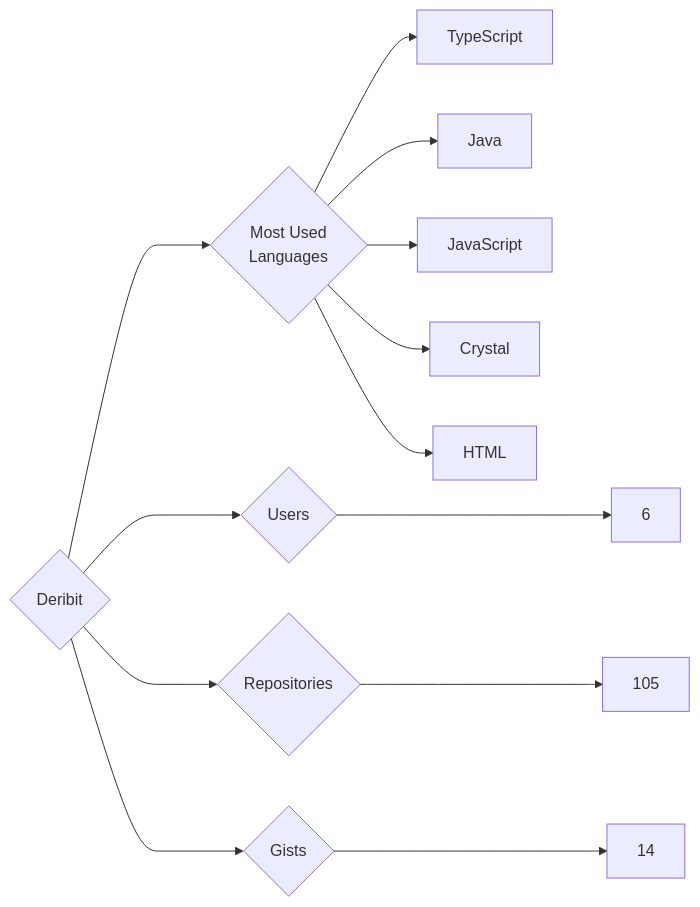
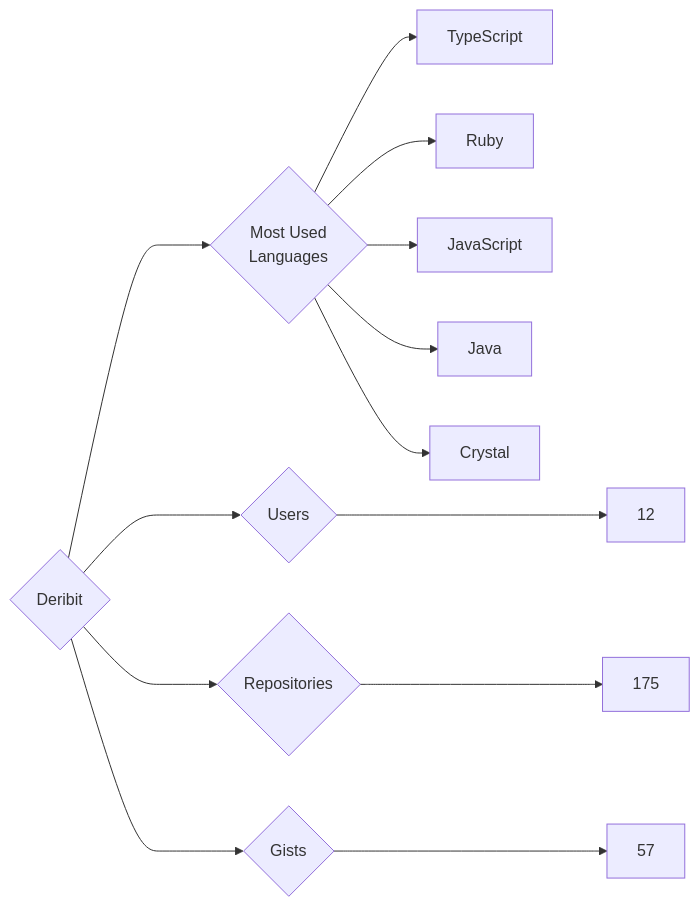
Before and after one commit to trickest/insiders: the diagram in targets/Deribit/README.md, drawn with Mermaid. The commit also changed 1314 other files, not shown here.

````diff
--- a/targets/Deribit/README.md
+++ b/targets/Deribit/README.md
@@ -3,13 +3,13 @@
 ```mermaid
 graph LR
 COMPANY_NAME{Deribit}
-COMPANY_NAME ---> U{Users} ---> UN[6]
-COMPANY_NAME ---> R{Repositories} ---> RN[105]
-COMPANY_NAME ---> G{Gists} ---> GN[14]
+COMPANY_NAME ---> U{Users} ---> UN[12]
+COMPANY_NAME ---> R{Repositories} ---> RN[175]
+COMPANY_NAME ---> G{Gists} ---> GN[57]
 COMPANY_NAME ---> ML{Most Used<br>Languages}
 ML --> TypeScript[TypeScript]
+ML --> Ruby[Ruby]
+ML --> JavaScript[JavaScript]
 ML --> Java[Java]
-ML --> JavaScript[JavaScript]
 ML --> Crystal[Crystal]
-ML --> HTML[HTML]
 ```
````
